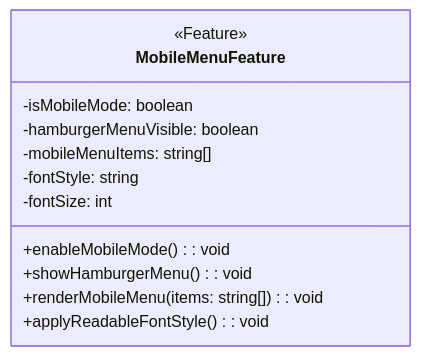
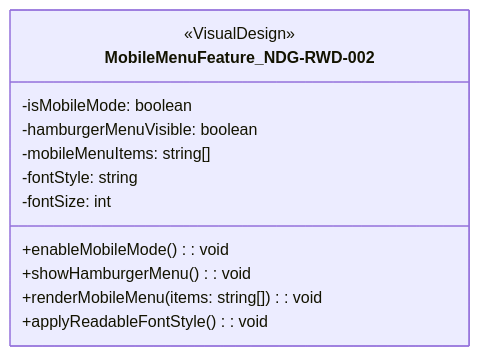
Before and after one commit to sun922/University-SoftwareDesign: diagram 15 of 39 in 1. Requirement Analysis/Software Requirements Specification.md, drawn with Mermaid. The commit also changed other lines of this file, not shown here.

Commit message:
디자인, 품질, 제약 요구사항 클래스 다이어그램 추가

````diff
--- a/1. Requirement Analysis/Software Requirements Specification.md
+++ b/1. Requirement Analysis/Software Requirements Specification.md
@@ -423,16 +440,16 @@
 ```mermaid
 classDiagram
-    class MobileMenuFeature {
-        <<Feature>>
+    class MobileMenuFeature_NDG-RWD-002 {
+        <<VisualDesign>>
         -isMobileMode: boolean
         -hamburgerMenuVisible: boolean
         -mobileMenuItems: string[]
         -fontStyle: string
         -fontSize: int
 
         +enableMobileMode(): void
         +showHamburgerMenu(): void
         +renderMobileMenu(items: string[]): void
         +applyReadableFontStyle(): void
     }
 ```
````
